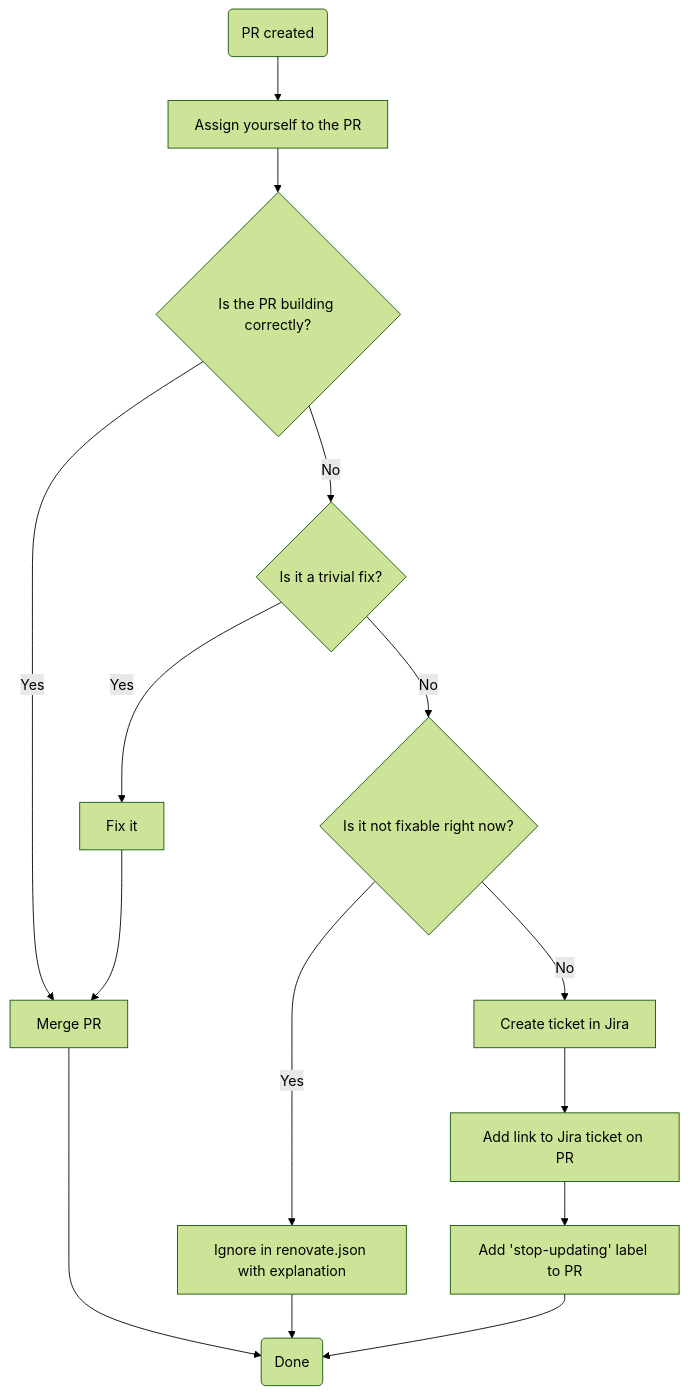
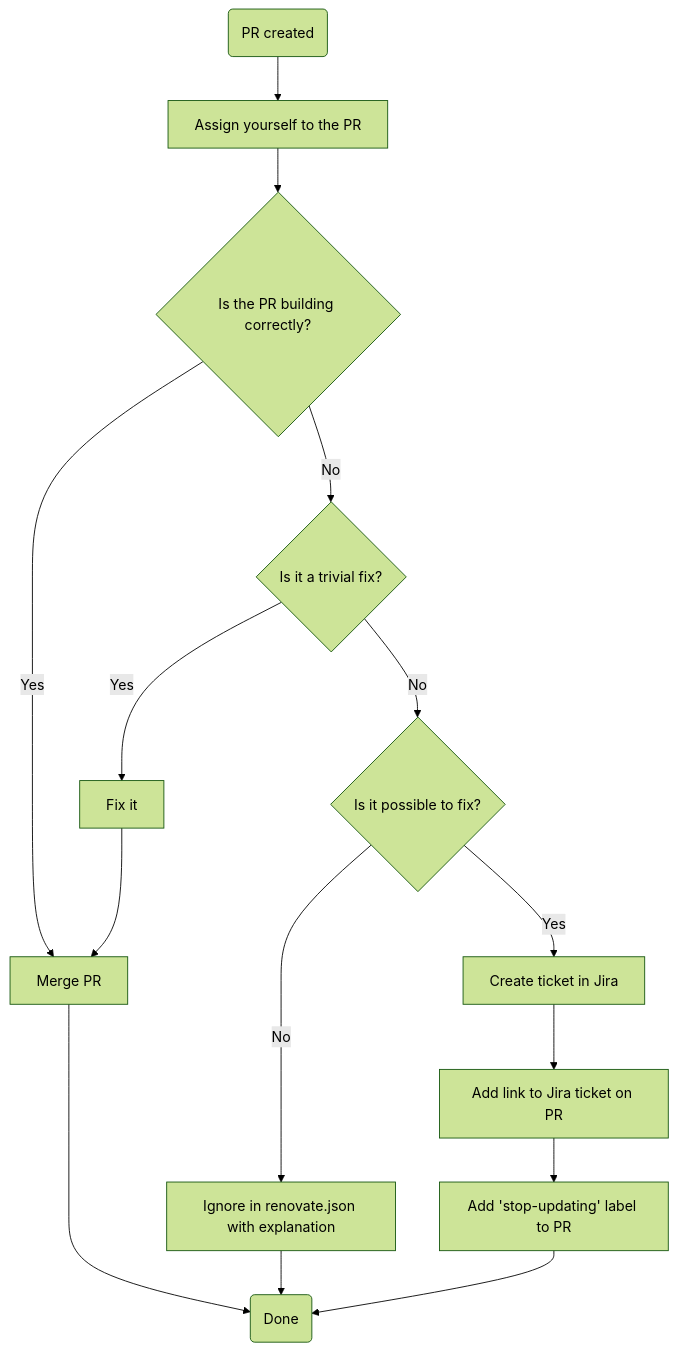
One commit to ministryofjustice/opg-lpa changed the diagram in docs/architecture/0014-implement-process-for-handling-renovate-prs.md. Above: the diagram before and after it, drawn with Mermaid (forest theme).

Commit message:
Update language of flow chart
"Is it possible to fix?" avoids having a negative as a question whilst maintaining the spirit of "is there a good reason not to"

#patch

````diff
--- a/docs/architecture/0014-implement-process-for-handling-renovate-prs.md
+++ b/docs/architecture/0014-implement-process-for-handling-renovate-prs.md
@@ -21,17 +21,17 @@
 ```mermaid
 graph TD
     START(PR created) --> ASSIGN[Assign yourself to the PR]
     ASSIGN --> BUILDS{Is the PR building correctly?}
     BUILDS -->|Yes| MERGE[Merge PR]
         MERGE --> END(Done)
     BUILDS -->|No| TRIVIAL{Is it a trivial fix?}
     TRIVIAL --> |Yes| FIX[Fix it]
         FIX --> MERGE
-    TRIVIAL --> |No| NOFIX{Is it not fixable right now?}
-    NOFIX --> |Yes| IGNORE[Ignore in renovate.json with explanation]
+    TRIVIAL --> |No| CANFIX{Is it possible to fix?}
+    CANFIX --> |No| IGNORE[Ignore in renovate.json with explanation]
         IGNORE --> END
-    NOFIX --> |No| JIRA[Create ticket in Jira]
+    CANFIX --> |Yes| JIRA[Create ticket in Jira]
         JIRA --> PR_LINK[Add link to Jira ticket on PR]
         PR_LINK --> PR_LABEL[Add 'stop-updating' label to PR]
         PR_LABEL --> END
 ```
````
